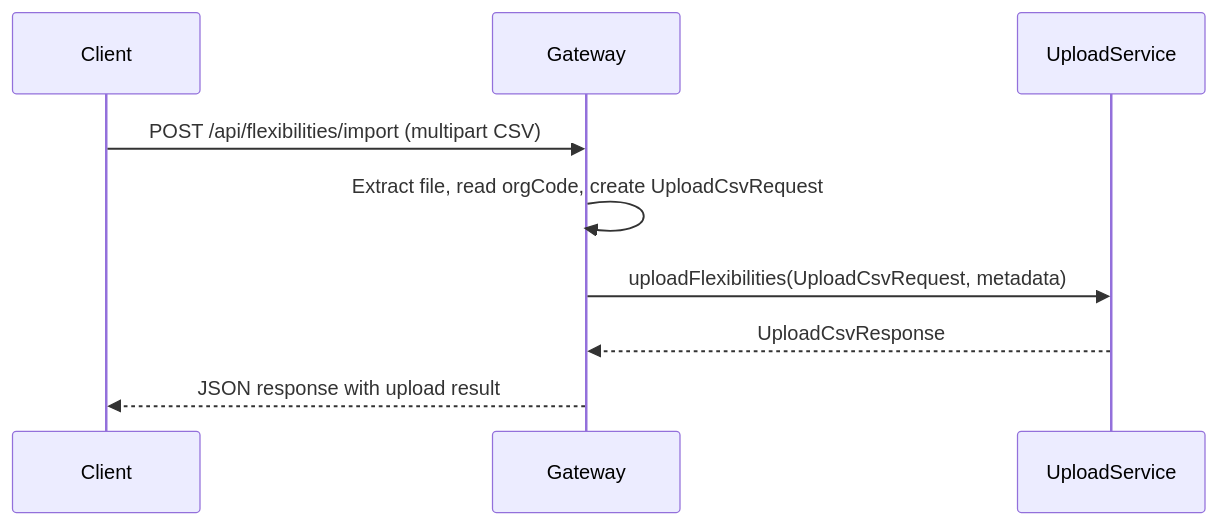
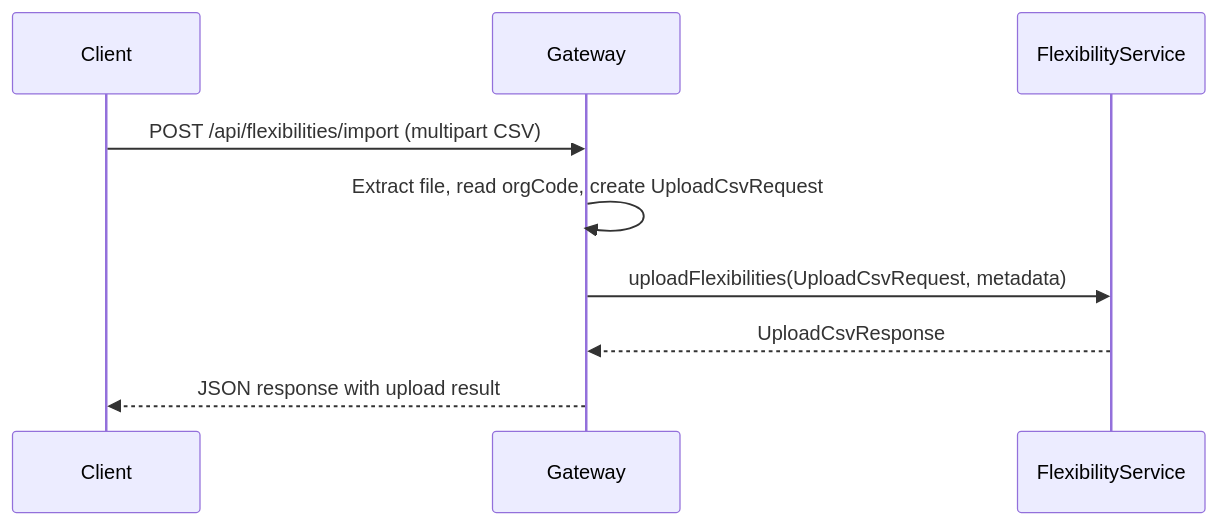
Before and after one commit to sbhrwl/microservices: the first of 2 diagrams in app/usecases/fileupload/README.md, drawn with Mermaid. The commit also changed other lines of this file, not shown here.

````diff
--- a/app/usecases/fileupload/README.md
+++ b/app/usecases/fileupload/README.md
@@ -74,8 +74,8 @@
 ```mermaid
 sequenceDiagram
   Client->>Gateway: POST /api/flexibilities/import (multipart CSV)
   Gateway->>Gateway: Extract file, read orgCode, create UploadCsvRequest
-  Gateway->>UploadService: uploadFlexibilities(UploadCsvRequest, metadata)
-  UploadService-->>Gateway: UploadCsvResponse
+  Gateway->>FlexibilityService: uploadFlexibilities(UploadCsvRequest, metadata)
+  FlexibilityService-->>Gateway: UploadCsvResponse
   Gateway-->>Client: JSON response with upload result
 ```
````
